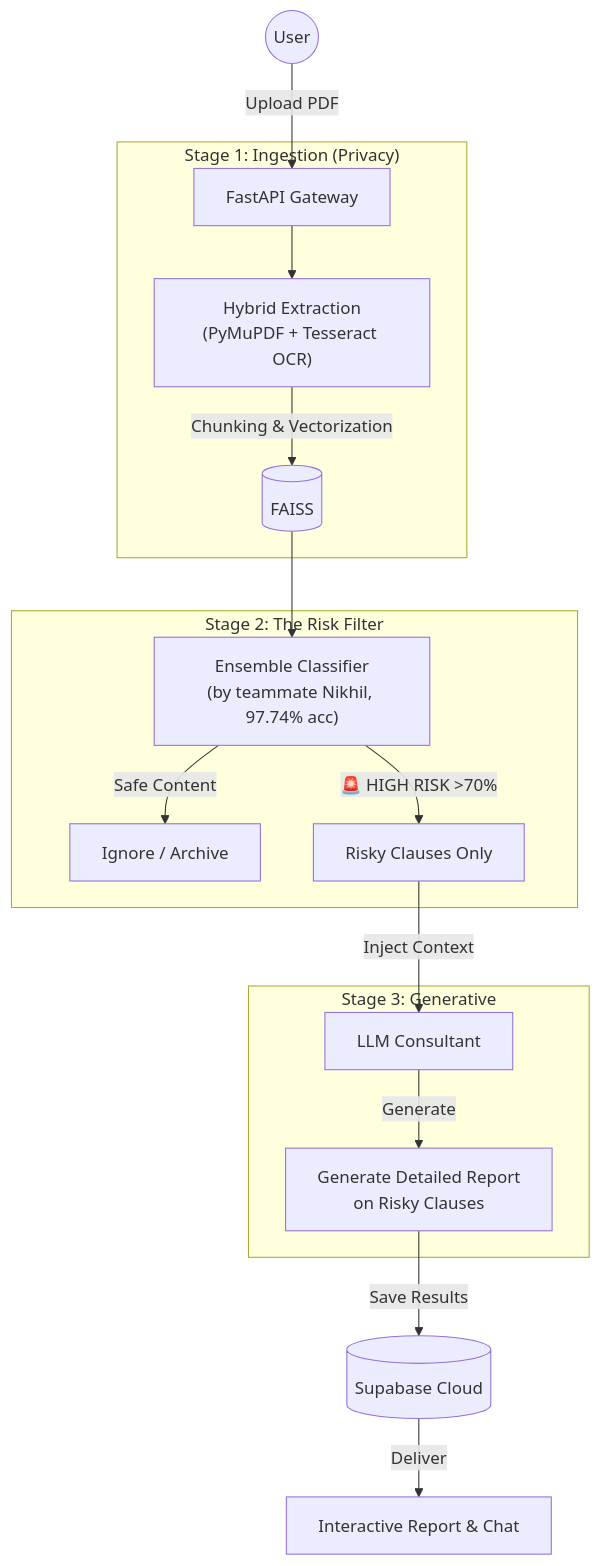
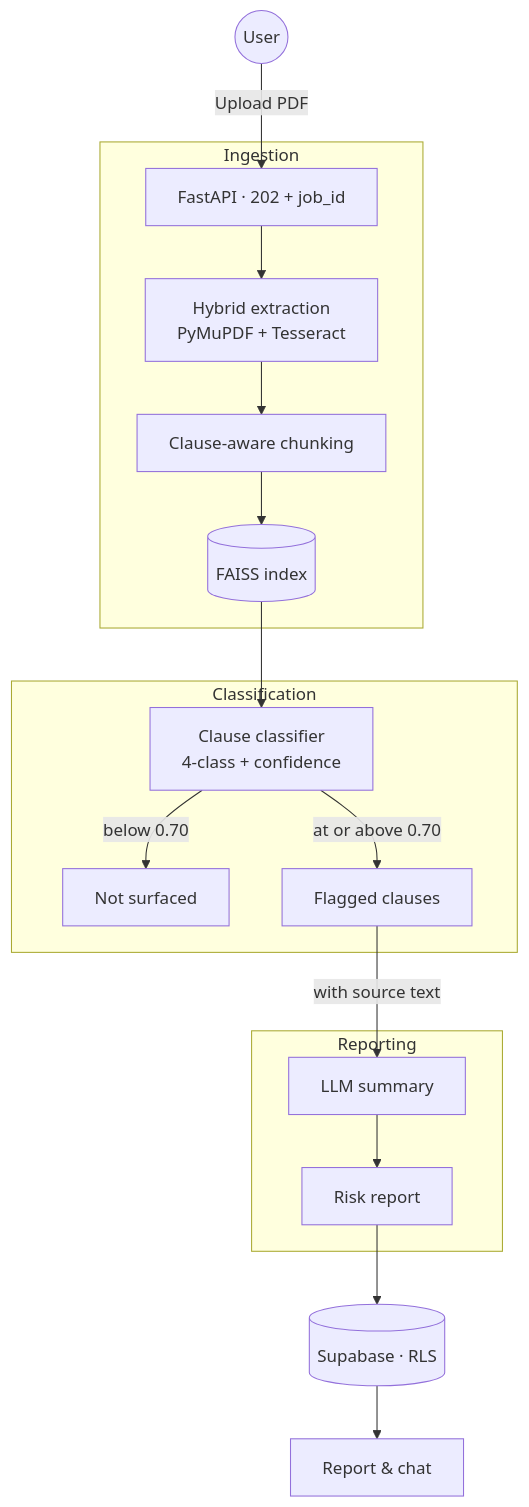
One commit to abhishek-3740/LegalMind changed the diagram in README.md. Above: the diagram before and after it, drawn with Mermaid. The commit also changed other lines of this file, not shown here.

````diff
--- a/README.md
+++ b/README.md
@@ -78,25 +128,24 @@
 ```mermaid
 graph TD
-    User((User)) -->|Upload PDF| FastAPI
+    User((User)) -->|Upload PDF| API
 
-    subgraph "Stage 1: Ingestion (Privacy)"
-        FastAPI[FastAPI Gateway] --> Hybrid["Hybrid Extraction<br/>(PyMuPDF + Tesseract OCR)"]
-        Hybrid -->|Chunking & Vectorization| FAISS[(FAISS)]
+    subgraph Ingestion
+        API[FastAPI · 202 + job_id] --> Extract["Hybrid extraction<br/>PyMuPDF + Tesseract"]
+        Extract --> Chunk["Clause-aware chunking"]
+        Chunk --> FAISS[(FAISS index)]
     end
 
-    FAISS --> Ensemble
-
-    subgraph "Stage 2: The Risk Filter"
-        Ensemble["Ensemble Classifier<br/>(by teammate Nikhil, 97.74% acc)"] -->|Safe Content| Safe["Ignore / Archive"]
-        Ensemble -->|🚨 HIGH RISK >70%| Risky["Risky Clauses Only"]
+    subgraph Classification
+        FAISS --> Clf["Clause classifier<br/>4-class + confidence"]
+        Clf -->|below 0.70| Drop["Not surfaced"]
+        Clf -->|at or above 0.70| Risky["Flagged clauses"]
     end
 
-    Risky -->|Inject Context| LLM
-
-    subgraph "Stage 3: Generative"
-        LLM["LLM Consultant"] -->|Generate| Report["Generate Detailed Report<br/>on Risky Clauses"]
+    subgraph Reporting
+        Risky -->|with source text| LLM["LLM summary"]
+        LLM --> Report["Risk report"]
     end
 
-    Report -->|Save Results| DB[(Supabase Cloud)]
-    DB -->|Deliver| UI["Interactive Report & Chat"]
- ```
+    Report --> DB[(Supabase · RLS)]
+    DB --> UI["Report & chat"]
+```
````
